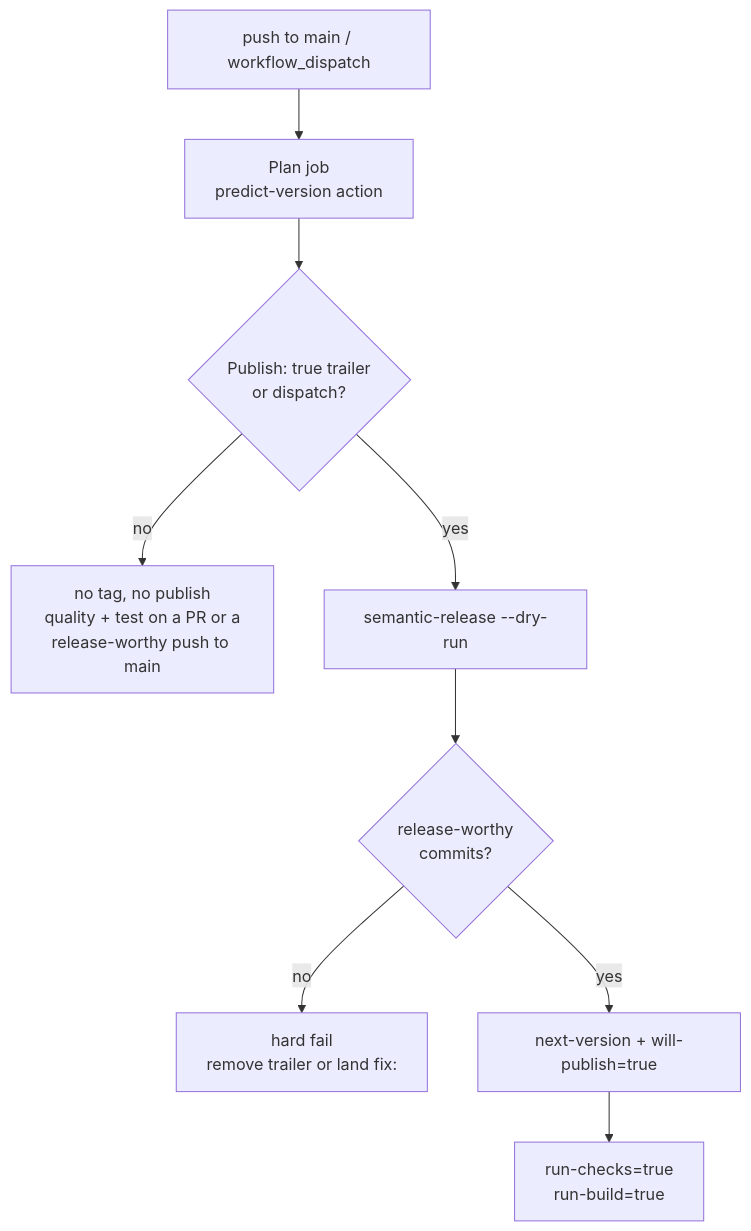
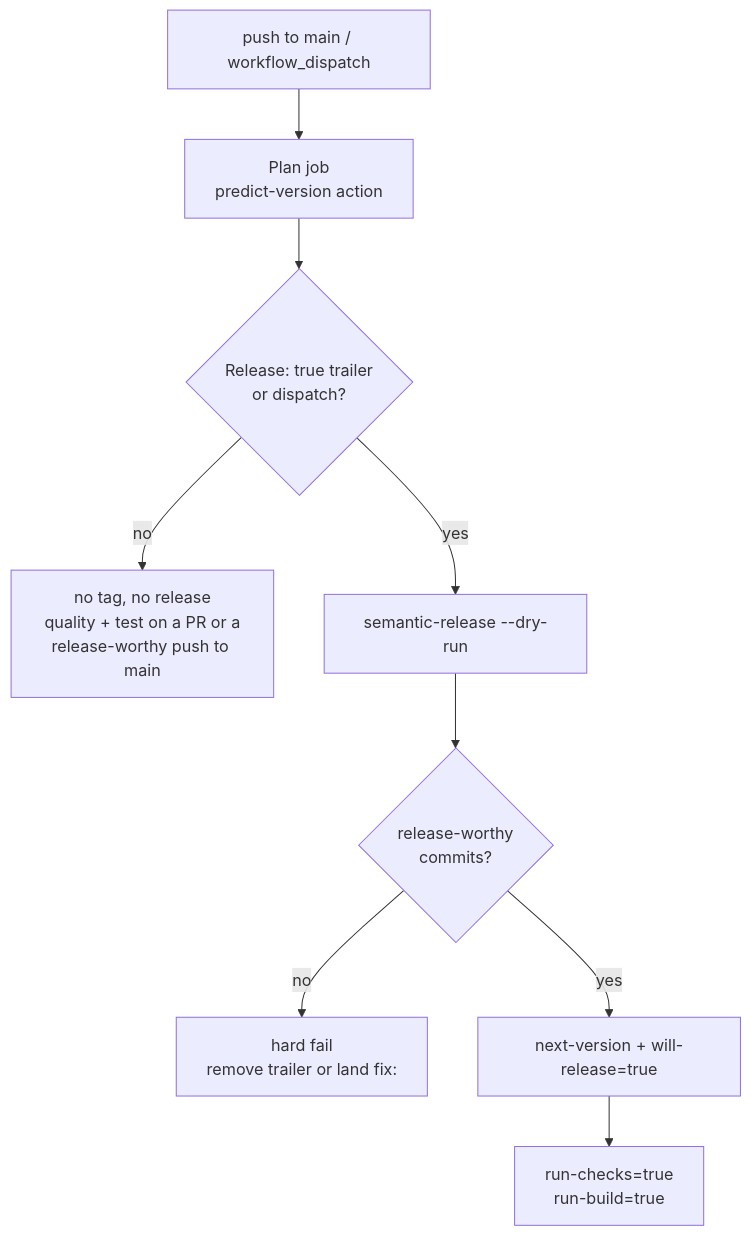
The first of 7 diagrams in docs/flow.md (hyperi-io/hyperi-ci), drawn with Mermaid before and after one commit. The commit also changed other lines of this file and 39 other files, not shown here.

````diff
--- a/docs/flow.md
+++ b/docs/flow.md
@@ -10,11 +10,11 @@
 ```mermaid
 flowchart TD
     A[push to main / workflow_dispatch] --> B[Plan job<br/>predict-version action]
-    B --> C{Publish: true trailer<br/>or dispatch?}
-    C -->|no| V[no tag, no publish<br/>quality + test on a PR or a<br/>release-worthy push to main]
+    B --> C{Release: true trailer<br/>or dispatch?}
+    C -->|no| V[no tag, no release<br/>quality + test on a PR or a<br/>release-worthy push to main]
     C -->|yes| D[semantic-release --dry-run]
     D --> E{release-worthy<br/>commits?}
     E -->|no| F[hard fail<br/>remove trailer or land fix:]
-    E -->|yes| G[next-version + will-publish=true]
+    E -->|yes| G[next-version + will-release=true]
     G --> H[run-checks=true<br/>run-build=true]
 ```
````
